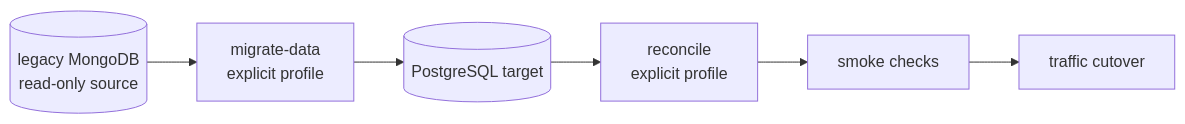
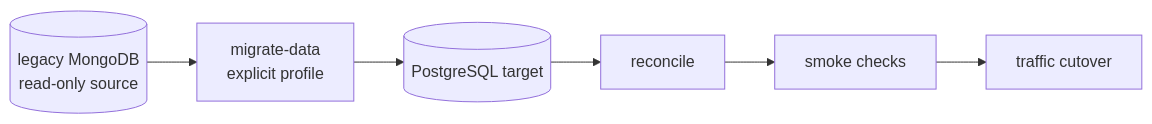
Before and after one commit to cnodejs/cnode-next: the first of 2 diagrams in docs/migration-runbook.md, drawn with Mermaid. The commit also changed other lines of this file and 67 other files, not shown here.

````diff
--- a/docs/migration-runbook.md
+++ b/docs/migration-runbook.md
@@ -7,8 +9,8 @@
 ```mermaid
 flowchart LR
   Mongo[(legacy MongoDB<br/>read-only source)] --> Migrate[migrate-data<br/>explicit profile]
   Migrate --> Pg[(PostgreSQL target)]
-  Pg --> Reconcile[reconcile<br/>explicit profile]
+  Pg --> Reconcile[reconcile]
   Reconcile --> Smoke[smoke checks]
   Smoke --> Cutover[traffic cutover]
 ```
````
